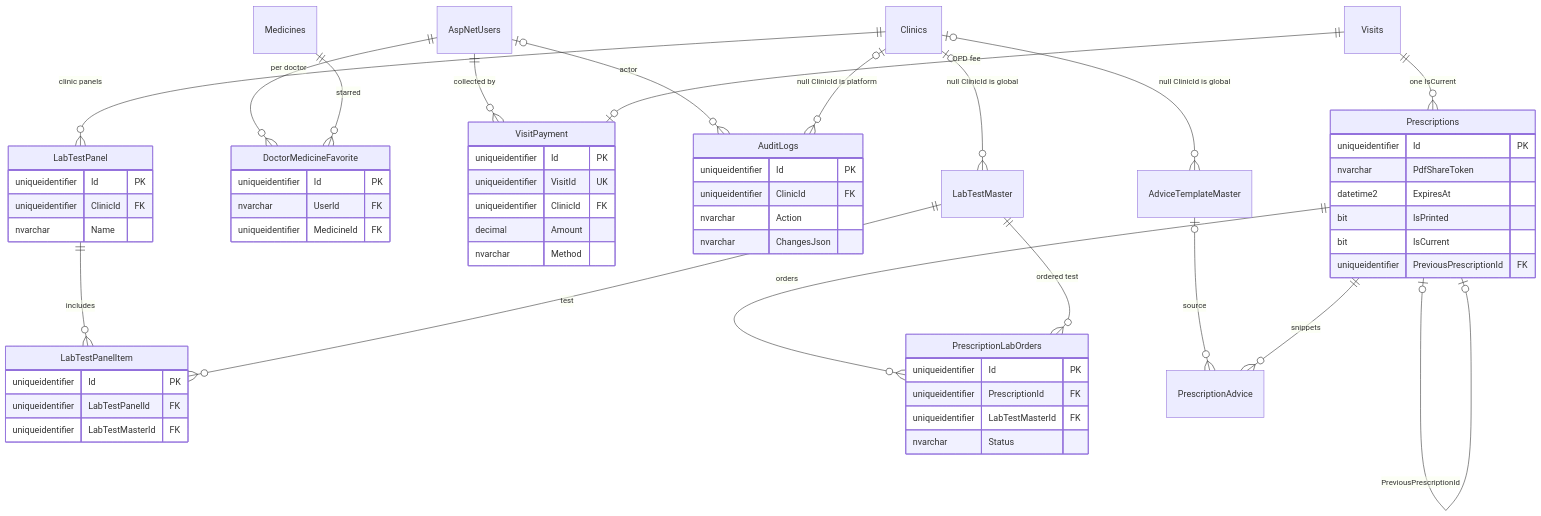
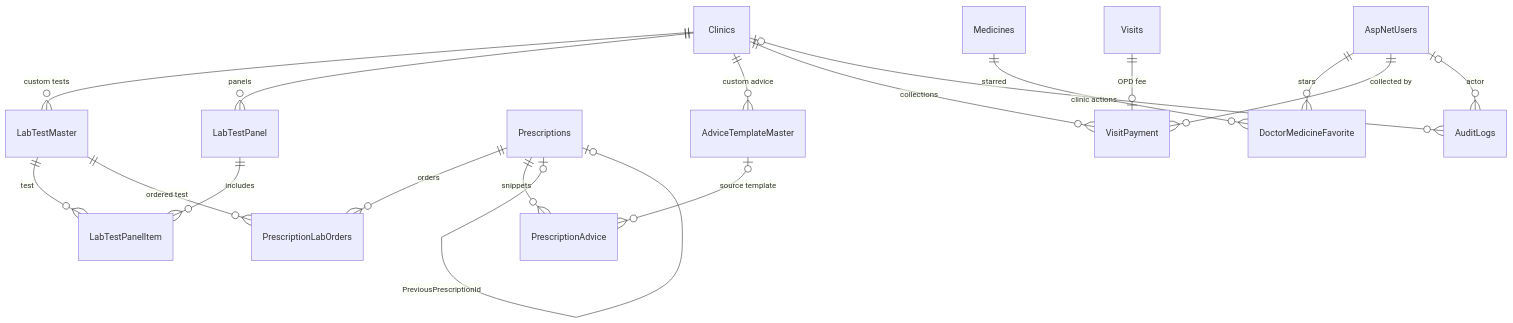
One commit to nishantmittal26/DocOS changed the fourth of 4 diagrams in DocOS-Phase2-Database-Schema.md. Above: the diagram before and after it, drawn with Mermaid. The commit also changed other lines of this file and 65 other files, not shown here.

````diff
--- a/DocOS-Phase2-Database-Schema.md
+++ b/DocOS-Phase2-Database-Schema.md
@@ -590,62 +512,20 @@
 ```mermaid
 erDiagram
-    LabTestPanel {
-        uniqueidentifier Id PK
-        uniqueidentifier ClinicId FK
-        nvarchar Name
-    }
-    LabTestPanelItem {
-        uniqueidentifier Id PK
-        uniqueidentifier LabTestPanelId FK
-        uniqueidentifier LabTestMasterId FK
-    }
-    PrescriptionLabOrders {
-        uniqueidentifier Id PK
-        uniqueidentifier PrescriptionId FK
-        uniqueidentifier LabTestMasterId FK
-        nvarchar Status
-    }
-    DoctorMedicineFavorite {
-        uniqueidentifier Id PK
-        nvarchar UserId FK
-        uniqueidentifier MedicineId FK
-    }
-    VisitPayment {
-        uniqueidentifier Id PK
-        uniqueidentifier VisitId UK
-        uniqueidentifier ClinicId FK
-        decimal Amount
-        nvarchar Method
-    }
-    AuditLogs {
-        uniqueidentifier Id PK
-        uniqueidentifier ClinicId FK
-        nvarchar Action
-        nvarchar ChangesJson
-    }
-    Prescriptions {
-        uniqueidentifier Id PK
-        nvarchar PdfShareToken
-        datetime2 ExpiresAt
-        bit IsPrinted
-        bit IsCurrent
-        uniqueidentifier PreviousPrescriptionId FK
-    }
-    Clinics ||--o{ LabTestPanel : "clinic panels"
-    Clinics |o--o{ LabTestMaster : "null ClinicId is global"
+    Clinics ||--o{ LabTestMaster : "custom tests"
+    Clinics ||--o{ LabTestPanel : "panels"
     LabTestPanel ||--o{ LabTestPanelItem : "includes"
     LabTestMaster ||--o{ LabTestPanelItem : "test"
     Prescriptions ||--o{ PrescriptionLabOrders : "orders"
     LabTestMaster ||--o{ PrescriptionLabOrders : "ordered test"
-    Clinics |o--o{ AdviceTemplateMaster : "null ClinicId is global"
-    AdviceTemplateMaster |o--o{ PrescriptionAdvice : "source"
+    Clinics ||--o{ AdviceTemplateMaster : "custom advice"
     Prescriptions ||--o{ PrescriptionAdvice : "snippets"
-    AspNetUsers ||--o{ VisitPayment : "collected by"
-    AspNetUsers |o--o{ AuditLogs : "actor"
-    AspNetUsers ||--o{ DoctorMedicineFavorite : "per doctor"
+    AdviceTemplateMaster |o--o{ PrescriptionAdvice : "source template"
+    AspNetUsers ||--o{ DoctorMedicineFavorite : "stars"
     Medicines ||--o{ DoctorMedicineFavorite : "starred"
     Visits ||--o| VisitPayment : "OPD fee"
-    Visits ||--o{ Prescriptions : "one IsCurrent"
+    Clinics ||--o{ VisitPayment : "collections"
+    AspNetUsers ||--o{ VisitPayment : "collected by"
+    Clinics |o--o{ AuditLogs : "clinic actions"
+    AspNetUsers |o--o{ AuditLogs : "actor"
     Prescriptions |o--o| Prescriptions : "PreviousPrescriptionId"
-    Clinics |o--o{ AuditLogs : "null ClinicId is platform"
 ```
````
